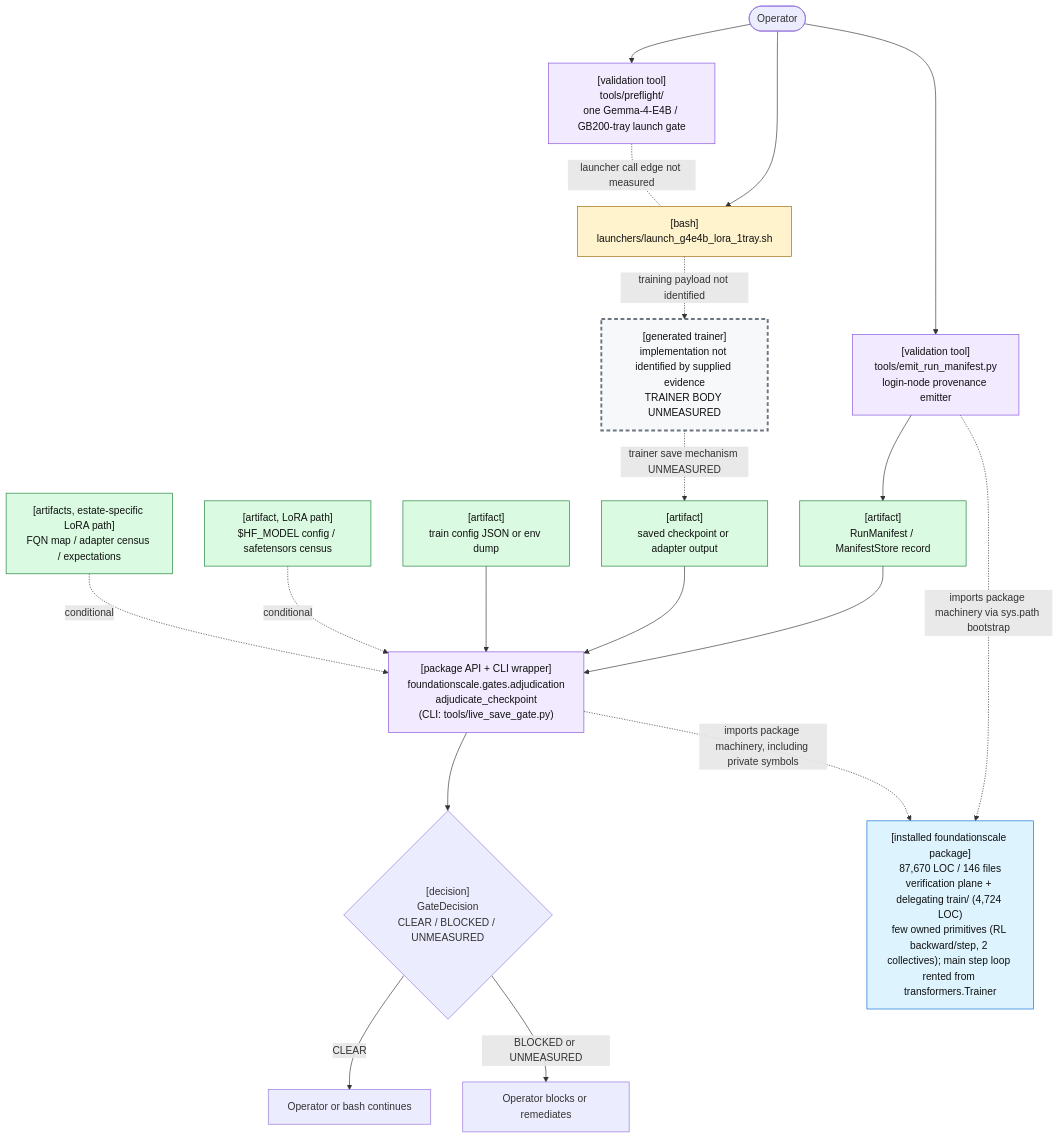
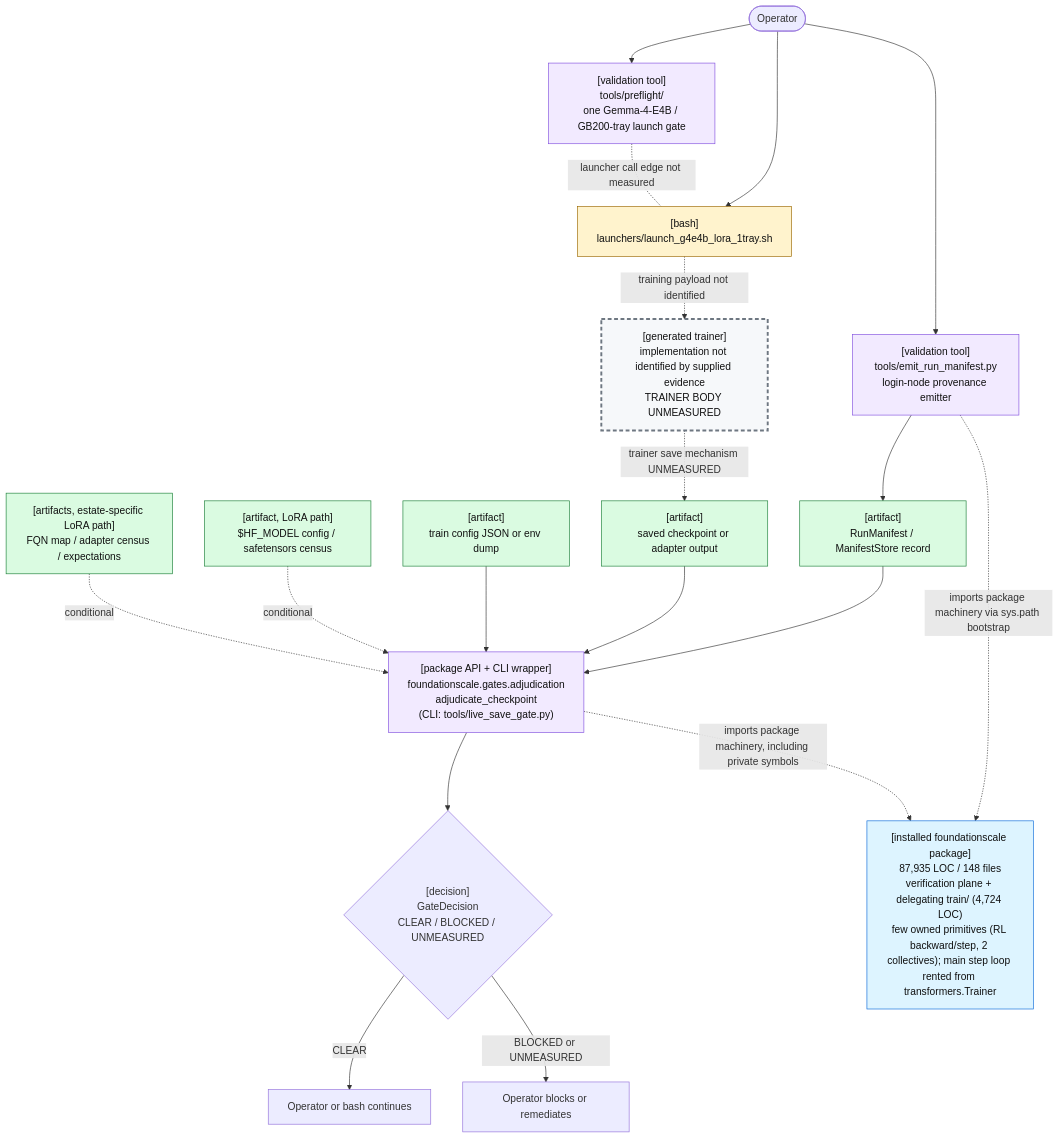
Before and after one commit to TranNhiem/FoundationScale: the first of 2 diagrams in docs/review/D2_current_architecture.md, drawn with Mermaid. The commit also changed other lines of this file and 10 other files, not shown here.

````diff
--- a/docs/review/D2_current_architecture.md
+++ b/docs/review/D2_current_architecture.md
@@ -25,59 +25,59 @@
 ```mermaid
 flowchart TB
   O(["Operator"])
 
   PF["[validation tool]<br/>tools/preflight/<br/>one Gemma-4-E4B / GB200-tray launch gate"]
   L["[bash]<br/>launchers/launch_g4e4b_lora_1tray.sh"]
 
   E["[validation tool]<br/>tools/emit_run_manifest.py<br/>login-node provenance emitter"]
   M["[artifact]<br/>RunManifest / ManifestStore record"]
 
   T["[generated trainer]<br/>implementation not identified by supplied evidence<br/>TRAINER BODY UNMEASURED"]
   C["[artifact]<br/>saved checkpoint or adapter output"]
 
   G["[package API + CLI wrapper]<br/>foundationscale.gates.adjudication<br/>adjudicate_checkpoint<br/>(CLI: tools/live_save_gate.py)"]
   CFG["[artifact]<br/>train config JSON or env dump"]
   BASE["[artifact, LoRA path]<br/>$HF_MODEL config / safetensors census"]
   CEN["[artifacts, estate-specific LoRA path]<br/>FQN map / adapter census / expectations"]
 
   D{"[decision]<br/>GateDecision<br/>CLEAR / BLOCKED / UNMEASURED"}
   OK["Operator or bash continues"]
   NO["Operator blocks or remediates"]
 
-  PKG["[installed foundationscale package]<br/>87,670 LOC / 146 files<br/>verification plane + delegating train/ (4,724 LOC)<br/>few owned primitives (RL backward/step, 2 collectives); main step loop rented from transformers.Trainer"]
+  PKG["[installed foundationscale package]<br/>87,935 LOC / 148 files<br/>verification plane + delegating train/ (4,724 LOC)<br/>few owned primitives (RL backward/step, 2 collectives); main step loop rented from transformers.Trainer"]
 
   O --> PF
   O --> L
   PF -. "launcher call edge not measured" .- L
 
   O --> E
   E --> M
 
   L -. "training payload not identified" .-> T
   T -. "trainer save mechanism UNMEASURED" .-> C
 
   M --> G
   C --> G
   CFG --> G
   BASE -. "conditional" .-> G
   CEN -. "conditional" .-> G
 
   E -. "imports package machinery via sys.path bootstrap" .-> PKG
   G -. "imports package machinery, including private symbols" .-> PKG
 
   G --> D
   D -->|"CLEAR"| OK
   D -->|"BLOCKED or UNMEASURED"| NO
 
   classDef bash fill:#fff3cd,stroke:#9a6700,color:#111;
   classDef tool fill:#f2eaff,stroke:#8250df,color:#111;
   classDef artifact fill:#dafbe1,stroke:#1a7f37,color:#111;
   classDef gap fill:#f6f8fa,stroke:#6e7781,stroke-width:3px,stroke-dasharray: 6 4,color:#111;
   classDef pkg fill:#ddf4ff,stroke:#0969da,color:#111;
 
   class L bash;
   class PF,E,G tool;
   class M,C,CFG,BASE,CEN artifact;
   class T gap;
   class PKG pkg;
 ```
````
